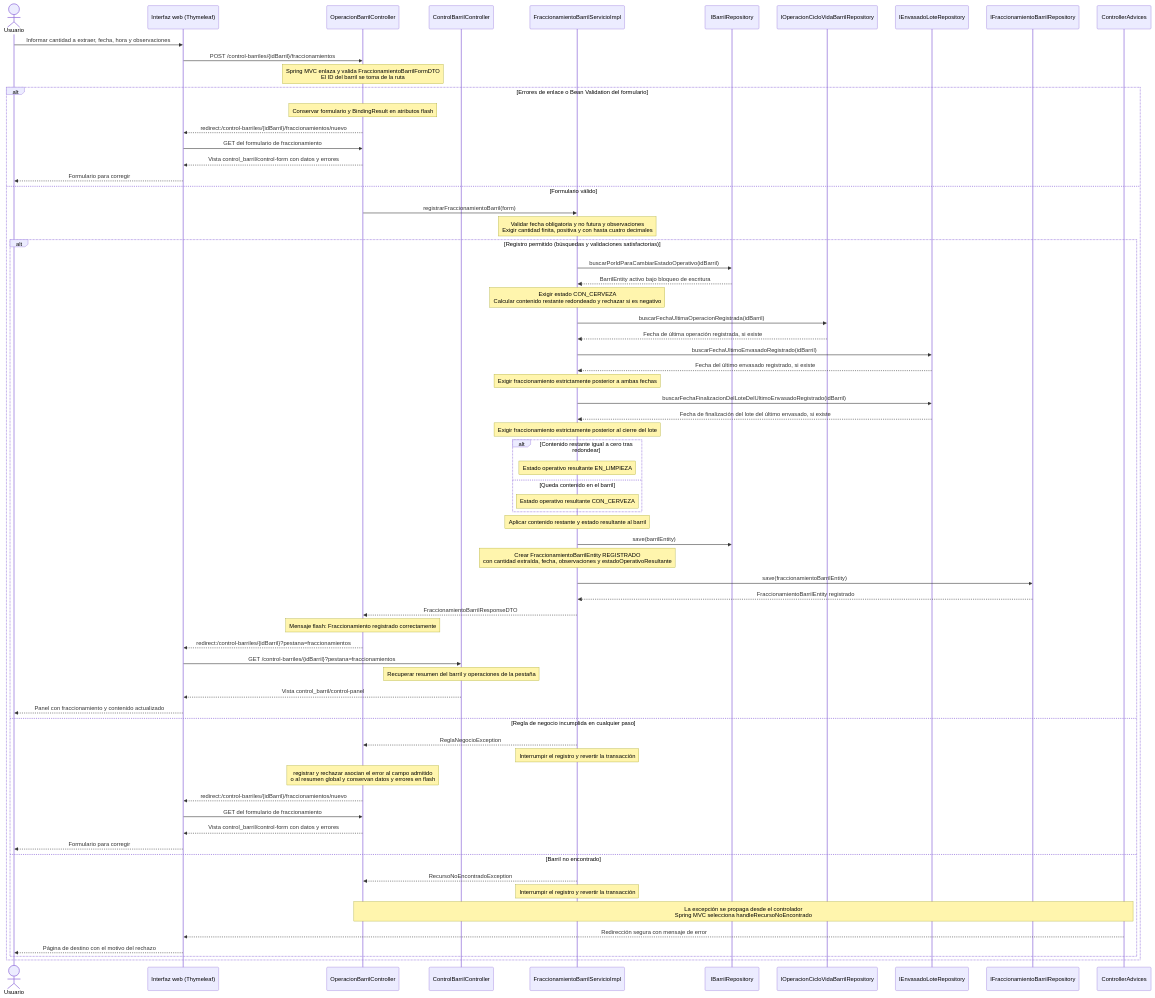
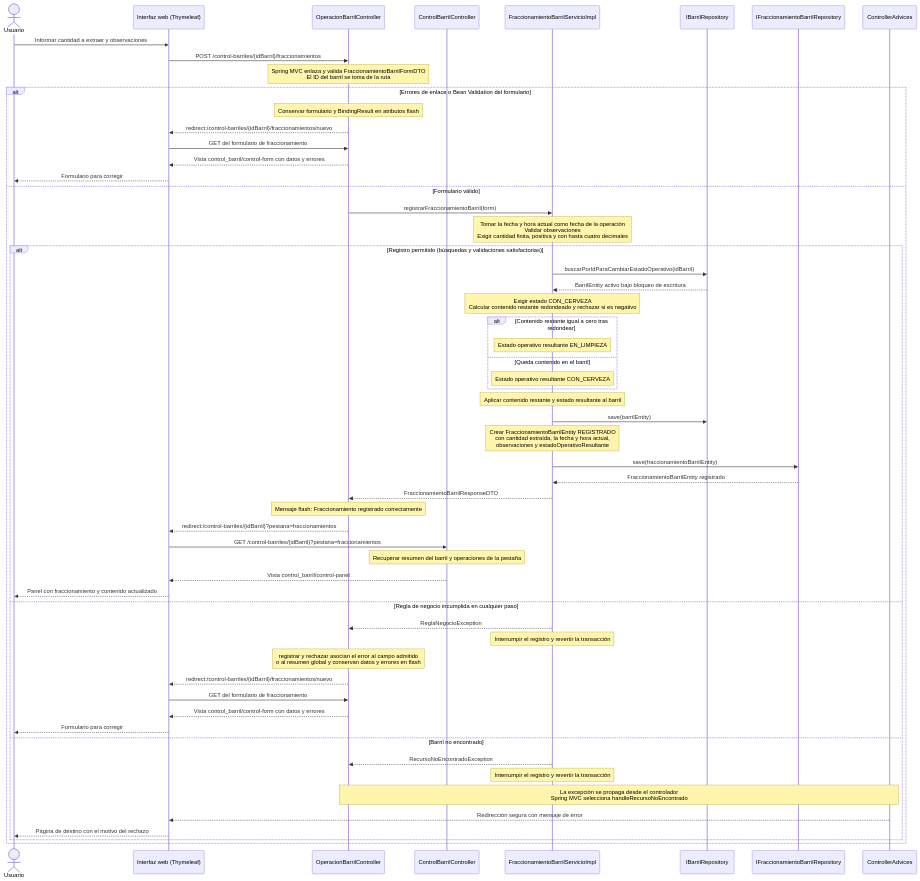
Before and after one commit to HeikyuDev/MaestroCervecero: the diagram in docs/MetodologiaUP/Diseño/DSD/DSD-registrarFraccionamientoBarril.md, drawn with Mermaid. The commit also changed other lines of this file and 79 other files, not shown here.

First line of the commit message:
refactor(ciclo-vida): register lifecycle operations with the current date and time

````diff
--- a/docs/MetodologiaUP/Diseño/DSD/DSD-registrarFraccionamientoBarril.md
+++ b/docs/MetodologiaUP/Diseño/DSD/DSD-registrarFraccionamientoBarril.md
@@ -5,71 +5,61 @@
 ```mermaid
 sequenceDiagram
     actor Usuario
     participant Vista as Interfaz web (Thymeleaf)
     participant C as OperacionBarrilController
     participant Panel as ControlBarrilController
     participant S as FraccionamientoBarrilServicioImpl
     participant B as IBarrilRepository
-    participant O as IOperacionCicloVidaBarrilRepository
-    participant E as IEnvasadoLoteRepository
     participant F as IFraccionamientoBarrilRepository
     participant A as ControllerAdvices
 
-    Usuario->>Vista: Informar cantidad a extraer, fecha, hora y observaciones
+    Usuario->>Vista: Informar cantidad a extraer y observaciones
     Vista->>C: POST /control-barriles/{idBarril}/fraccionamientos
     Note over C: Spring MVC enlaza y valida FraccionamientoBarrilFormDTO<br/>El ID del barril se toma de la ruta
     alt Errores de enlace o Bean Validation del formulario
         Note over C: Conservar formulario y BindingResult en atributos flash
         C-->>Vista: redirect:/control-barriles/{idBarril}/fraccionamientos/nuevo
         Vista->>C: GET del formulario de fraccionamiento
         C-->>Vista: Vista control_barril/control-form con datos y errores
         Vista-->>Usuario: Formulario para corregir
     else Formulario válido
         C->>S: registrarFraccionamientoBarril(form)
-        Note over S: Validar fecha obligatoria y no futura y observaciones<br/>Exigir cantidad finita, positiva y con hasta cuatro decimales
+        Note over S: Tomar la fecha y hora actual como fecha de la operación<br/>Validar observaciones<br/>Exigir cantidad finita, positiva y con hasta cuatro decimales
         alt Registro permitido (búsquedas y validaciones satisfactorias)
             S->>B: buscarPorIdParaCambiarEstadoOperativo(idBarril)
             B-->>S: BarrilEntity activo bajo bloqueo de escritura
             Note over S: Exigir estado CON_CERVEZA<br/>Calcular contenido restante redondeado y rechazar si es negativo
-            S->>O: buscarFechaUltimaOperacionRegistrada(idBarril)
-            O-->>S: Fecha de última operación registrada, si existe
-            S->>E: buscarFechaUltimoEnvasadoRegistrado(idBarril)
-            E-->>S: Fecha del último envasado registrado, si existe
-            Note over S: Exigir fraccionamiento estrictamente posterior a ambas fechas
-            S->>E: buscarFechaFinalizacionDelLoteDelUltimoEnvasadoRegistrado(idBarril)
-            E-->>S: Fecha de finalización del lote del último envasado, si existe
-            Note over S: Exigir fraccionamiento estrictamente posterior al cierre del lote
             alt Contenido restante igual a cero tras redondear
                 Note over S: Estado operativo resultante EN_LIMPIEZA
             else Queda contenido en el barril
                 Note over S: Estado operativo resultante CON_CERVEZA
             end
             Note over S: Aplicar contenido restante y estado resultante al barril
             S->>B: save(barrilEntity)
-            Note over S: Crear FraccionamientoBarrilEntity REGISTRADO<br/>con cantidad extraída, fecha, observaciones y estadoOperativoResultante
+            Note over S: Crear FraccionamientoBarrilEntity REGISTRADO<br/>con cantidad extraída, la fecha y hora actual,<br/>observaciones y estadoOperativoResultante
             S->>F: save(fraccionamientoBarrilEntity)
             F-->>S: FraccionamientoBarrilEntity registrado
             S-->>C: FraccionamientoBarrilResponseDTO
             Note over C: Mensaje flash: Fraccionamiento registrado correctamente
             C-->>Vista: redirect:/control-barriles/{idBarril}?pestana=fraccionamientos
             Vista->>Panel: GET /control-barriles/{idBarril}?pestana=fraccionamientos
             Note over Panel: Recuperar resumen del barril y operaciones de la pestaña
             Panel-->>Vista: Vista control_barril/control-panel
             Vista-->>Usuario: Panel con fraccionamiento y contenido actualizado
         else Regla de negocio incumplida en cualquier paso
             S-->>C: ReglaNegocioException
             Note over S: Interrumpir el registro y revertir la transacción
             Note over C: registrar y rechazar asocian el error al campo admitido<br/>o al resumen global y conservan datos y errores en flash
             C-->>Vista: redirect:/control-barriles/{idBarril}/fraccionamientos/nuevo
             Vista->>C: GET del formulario de fraccionamiento
             C-->>Vista: Vista control_barril/control-form con datos y errores
             Vista-->>Usuario: Formulario para corregir
         else Barril no encontrado
             S-->>C: RecursoNoEncontradoException
             Note over S: Interrumpir el registro y revertir la transacción
             Note over C,A: La excepción se propaga desde el controlador<br/>Spring MVC selecciona handleRecursoNoEncontrado
             A-->>Vista: Redirección segura con mensaje de error
             Vista-->>Usuario: Página de destino con el motivo del rechazo
         end
     end
 ```
````
